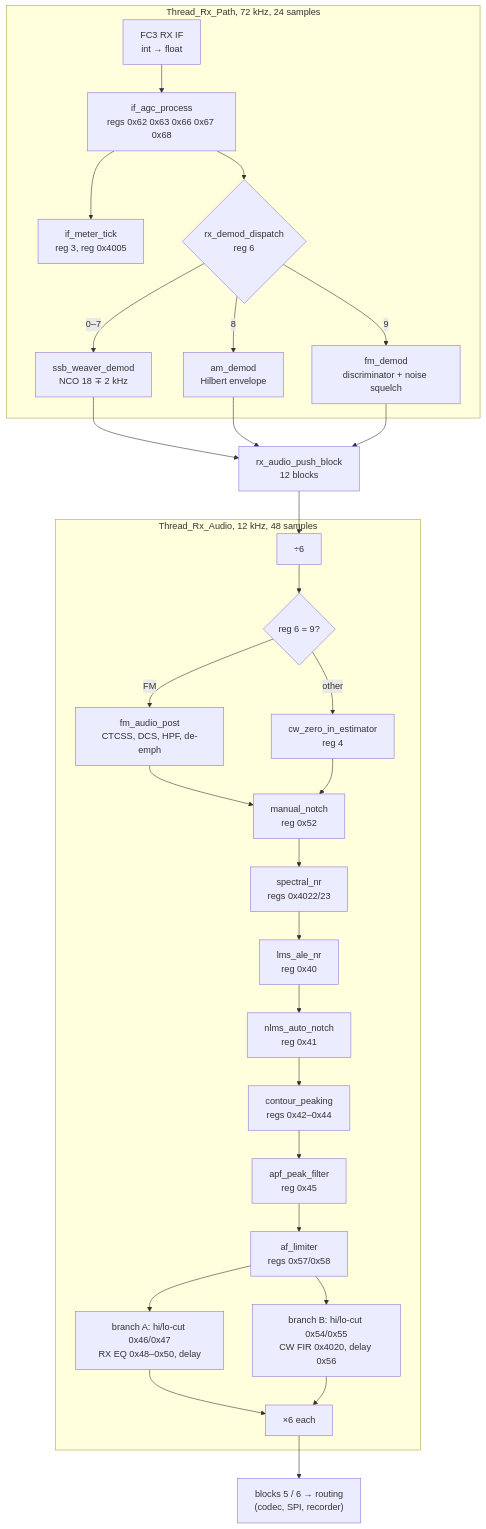
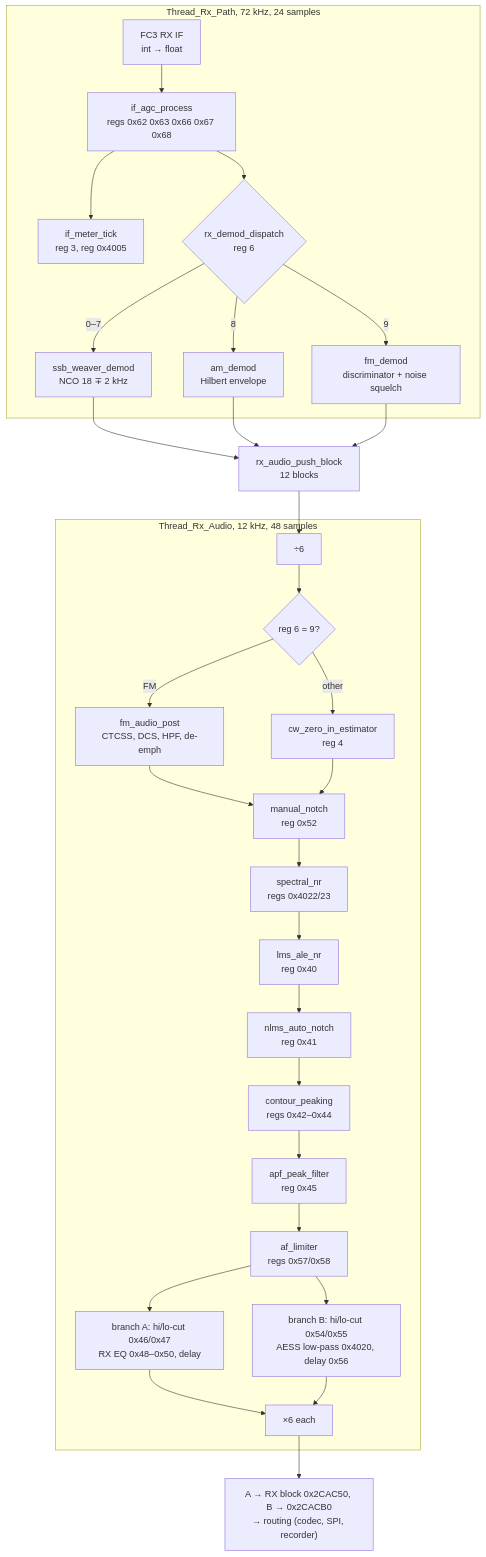
One commit to Reid-n0rc/FT-710_Firmware changed the first of 2 diagrams in docs/code/ifdsp/dsp-chains.md. Above: the diagram before and after it, drawn with Mermaid. The commit also changed other lines of this file and 17 other files, not shown here.

````diff
--- a/docs/code/ifdsp/dsp-chains.md
+++ b/docs/code/ifdsp/dsp-chains.md
@@ -27,29 +27,29 @@
 ```mermaid
 flowchart TB
   subgraph RP["Thread_Rx_Path, 72 kHz, 24 samples"]
     IN["FC3 RX IF<br/>int → float"] --> AGC["if_agc_process<br/>regs 0x62 0x63 0x66 0x67 0x68"]
     AGC --> MET["if_meter_tick<br/>reg 3, reg 0x4005"]
     AGC --> DEM{"rx_demod_dispatch<br/>reg 6"}
     DEM -- "0–7" --> WV["ssb_weaver_demod<br/>NCO 18 ∓ 2 kHz"]
     DEM -- "8" --> AM["am_demod<br/>Hilbert envelope"]
     DEM -- "9" --> FM["fm_demod<br/>discriminator + noise squelch"]
   end
   WV & AM & FM --> PUSH["rx_audio_push_block<br/>12 blocks"]
   subgraph RA["Thread_Rx_Audio, 12 kHz, 48 samples"]
     DEC["÷6"] --> PRE{"reg 6 = 9?"}
     PRE -- "FM" --> FMP["fm_audio_post<br/>CTCSS, DCS, HPF, de-emph"]
     PRE -- "other" --> ZI["cw_zero_in_estimator<br/>reg 4"]
     FMP & ZI --> NOTCH["manual_notch<br/>reg 0x52"]
     NOTCH --> SNR["spectral_nr<br/>regs 0x4022/23"]
     SNR --> ALE["lms_ale_nr<br/>reg 0x40"]
     ALE --> AN["nlms_auto_notch<br/>reg 0x41"]
     AN --> CON["contour_peaking<br/>regs 0x42–0x44"]
     CON --> APF["apf_peak_filter<br/>reg 0x45"]
     APF --> LIM["af_limiter<br/>regs 0x57/0x58"]
     LIM --> BA["branch A: hi/lo-cut 0x46/0x47<br/>RX EQ 0x48–0x50, delay"]
-    LIM --> BB["branch B: hi/lo-cut 0x54/0x55<br/>CW FIR 0x4020, delay 0x56"]
+    LIM --> BB["branch B: hi/lo-cut 0x54/0x55<br/>AESS low-pass 0x4020, delay 0x56"]
     BA & BB --> INT["×6 each"]
   end
   PUSH --> DEC
-  INT --> OUT["blocks 5 / 6 → routing<br/>(codec, SPI, recorder)"]
+  INT --> OUT["A → RX block 0x2CAC50, B → 0x2CACB0<br/>→ routing (codec, SPI, recorder)"]
 ```
````
